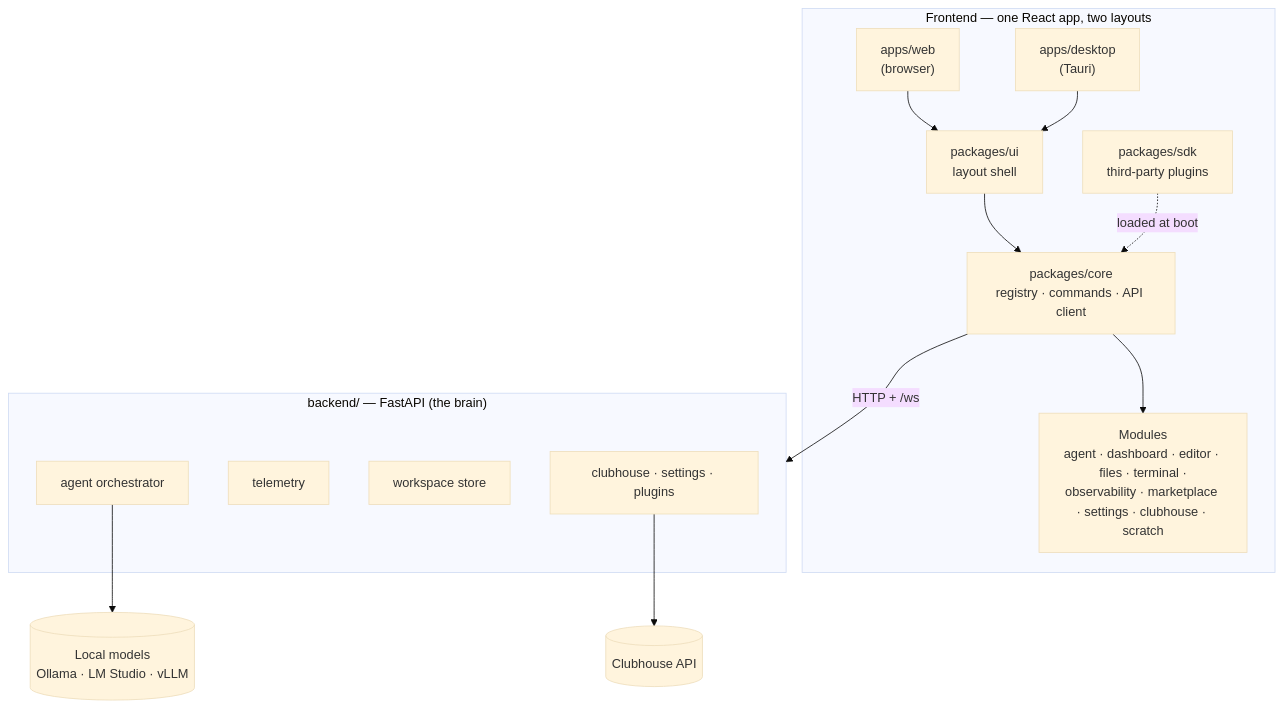
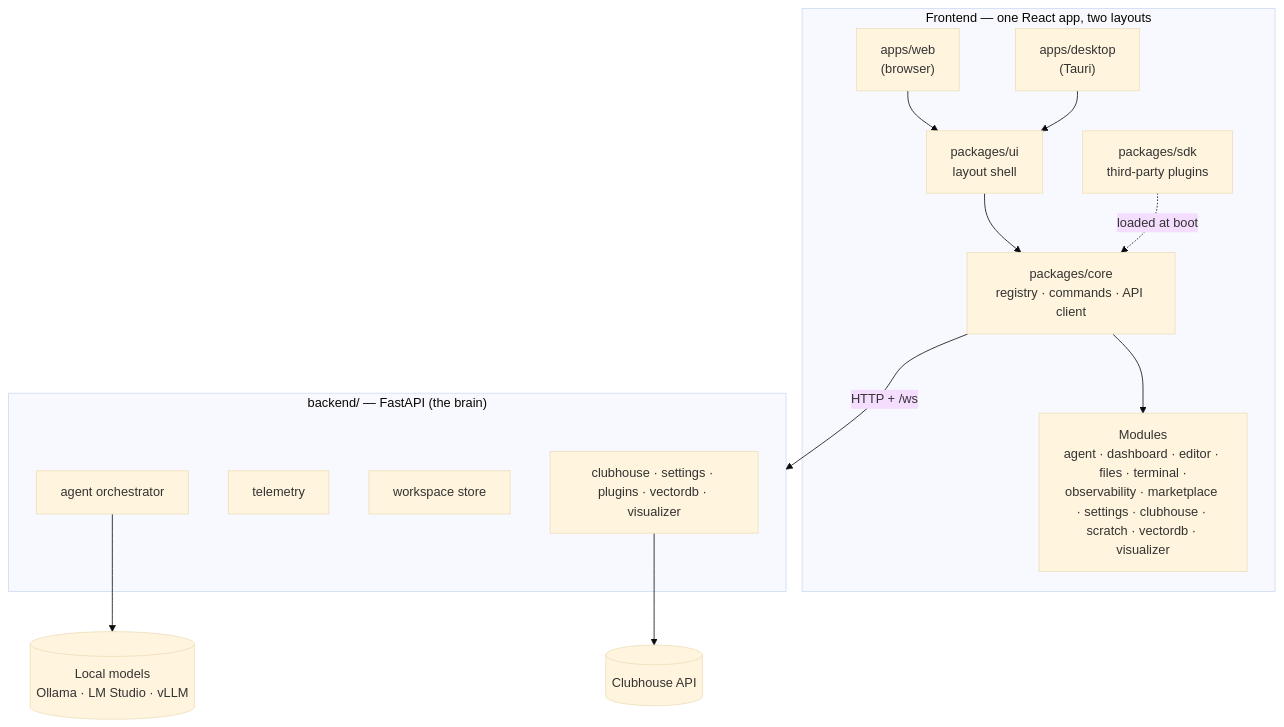
One commit to ConstCorrectness/horrible-dashboard changed the diagram in docs/README.mdx. Above: the diagram before and after it, drawn with Mermaid (base theme). The commit also changed other lines of this file and 24 other files, not shown here.

Commit message:
observability widget + editor

````diff
--- a/docs/README.mdx
+++ b/docs/README.mdx
@@ -18,28 +18,28 @@
 ```mermaid
 flowchart TB
     subgraph FE["Frontend — one React app, two layouts"]
         Web["apps/web<br/>(browser)"]
         Desk["apps/desktop<br/>(Tauri)"]
         UI["packages/ui<br/>layout shell"]
         Core["packages/core<br/>registry · commands · API client"]
-        Mods["Modules<br/>agent · dashboard · editor · files · terminal ·<br/>observability · marketplace · settings · clubhouse · scratch"]
+        Mods["Modules<br/>agent · dashboard · editor · files · terminal ·<br/>observability · marketplace · settings · clubhouse · scratch · vectordb · visualizer"]
         SDK["packages/sdk<br/>third-party plugins"]
     end
     subgraph BE["backend/ — FastAPI (the brain)"]
         Agent["agent orchestrator"]
         Tel["telemetry"]
         WSrv["workspace store"]
-        Other["clubhouse · settings · plugins"]
+        Other["clubhouse · settings · plugins · vectordb · visualizer"]
     end
     Ext[("Local models<br/>Ollama · LM Studio · vLLM")]
     CH[("Clubhouse API")]
 
     Web --> UI
     Desk --> UI
     UI --> Core
     Core --> Mods
     SDK -. "loaded at boot" .-> Core
     Core -->|"HTTP + /ws"| BE
     Agent --> Ext
     Other --> CH
 ```
````
